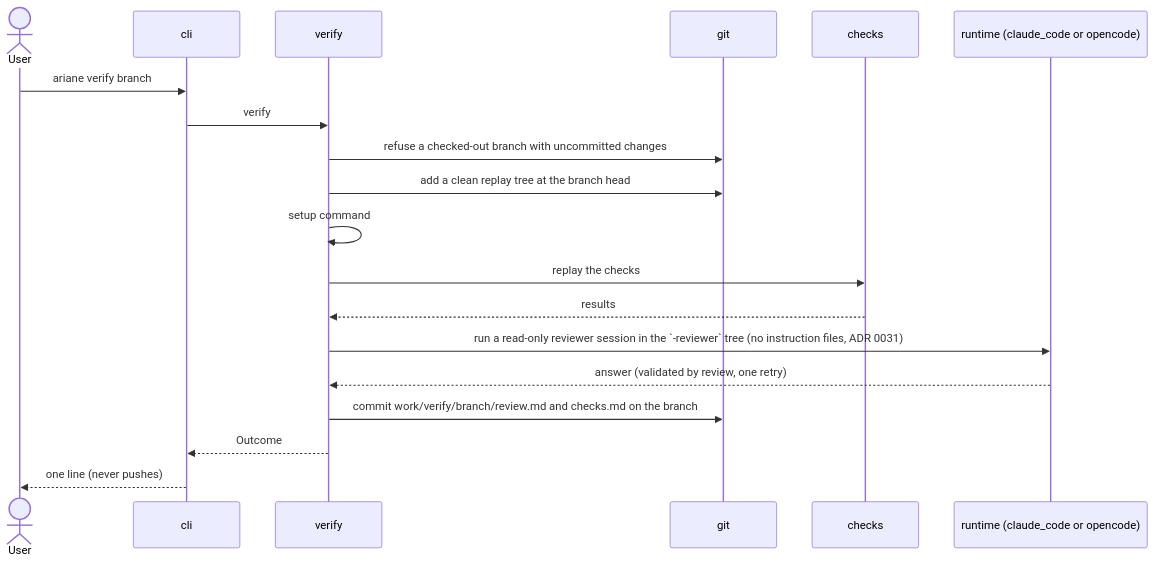
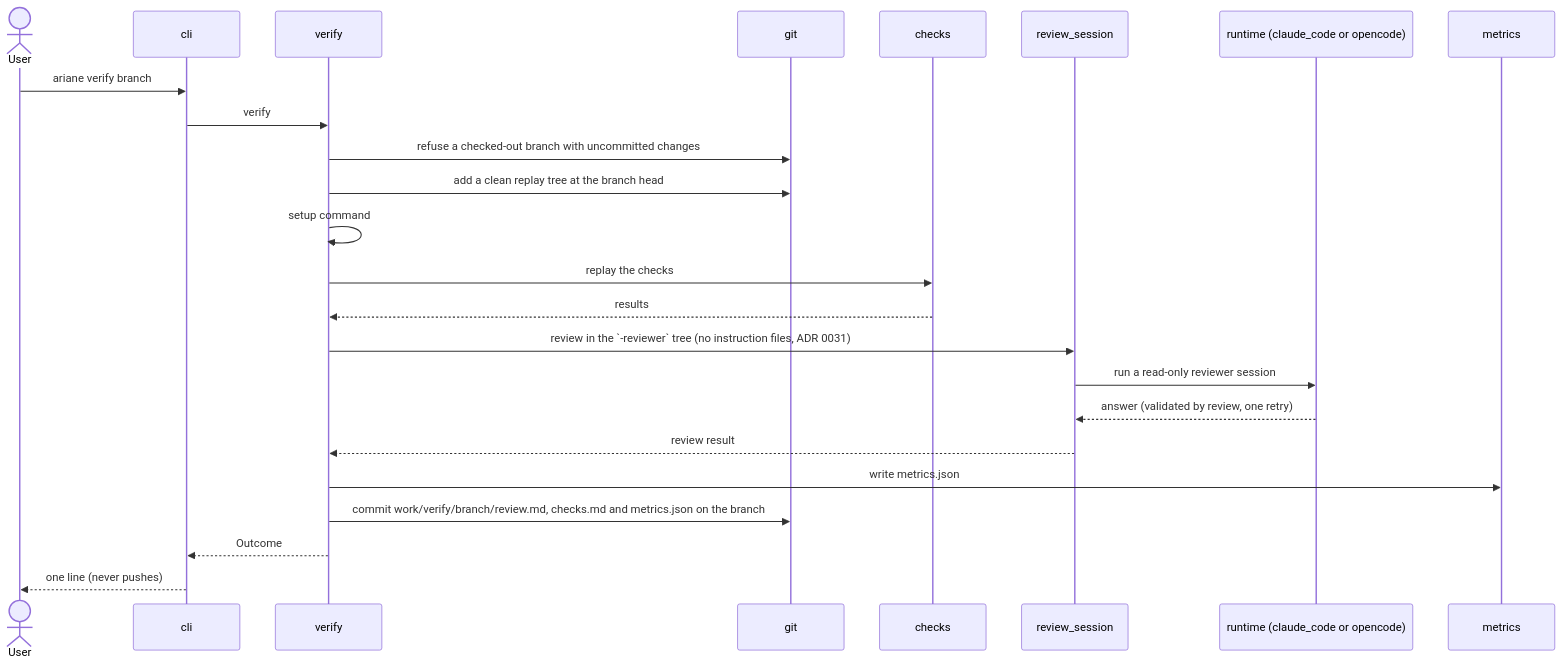
Before and after one commit to plaplanche/ariane: the fourth of 6 diagrams in docs/architecture/3-components.md, drawn with Mermaid. The commit also changed other lines of this file and 5 other files, not shown here.

Commit message:
#122: Architecture levels 1-2 and one sequence per command, checked against the imports (C25)

````diff
--- a/docs/architecture/3-components.md
+++ b/docs/architecture/3-components.md
@@ -172,21 +213,26 @@
 ```mermaid
 sequenceDiagram
   actor U as User
   participant CLI as cli
   participant V as verify
   participant G as git
   participant C as checks
+  participant S as review_session
   participant R as runtime (claude_code or opencode)
+  participant M as metrics
   U->>CLI: ariane verify branch
   CLI->>V: verify
   V->>G: refuse a checked-out branch with uncommitted changes
   V->>G: add a clean replay tree at the branch head
   V->>V: setup command
   V->>C: replay the checks
   C-->>V: results
-  V->>R: run a read-only reviewer session in the `-reviewer` tree (no instruction files, ADR 0031)
-  R-->>V: answer (validated by review, one retry)
-  V->>G: commit work/verify/branch/review.md and checks.md on the branch
+  V->>S: review in the `-reviewer` tree (no instruction files, ADR 0031)
+  S->>R: run a read-only reviewer session
+  R-->>S: answer (validated by review, one retry)
+  S-->>V: review result
+  V->>M: write metrics.json
+  V->>G: commit work/verify/branch/review.md, checks.md and metrics.json on the branch
   V-->>CLI: Outcome
   CLI-->>U: one line (never pushes)
 ```
````
